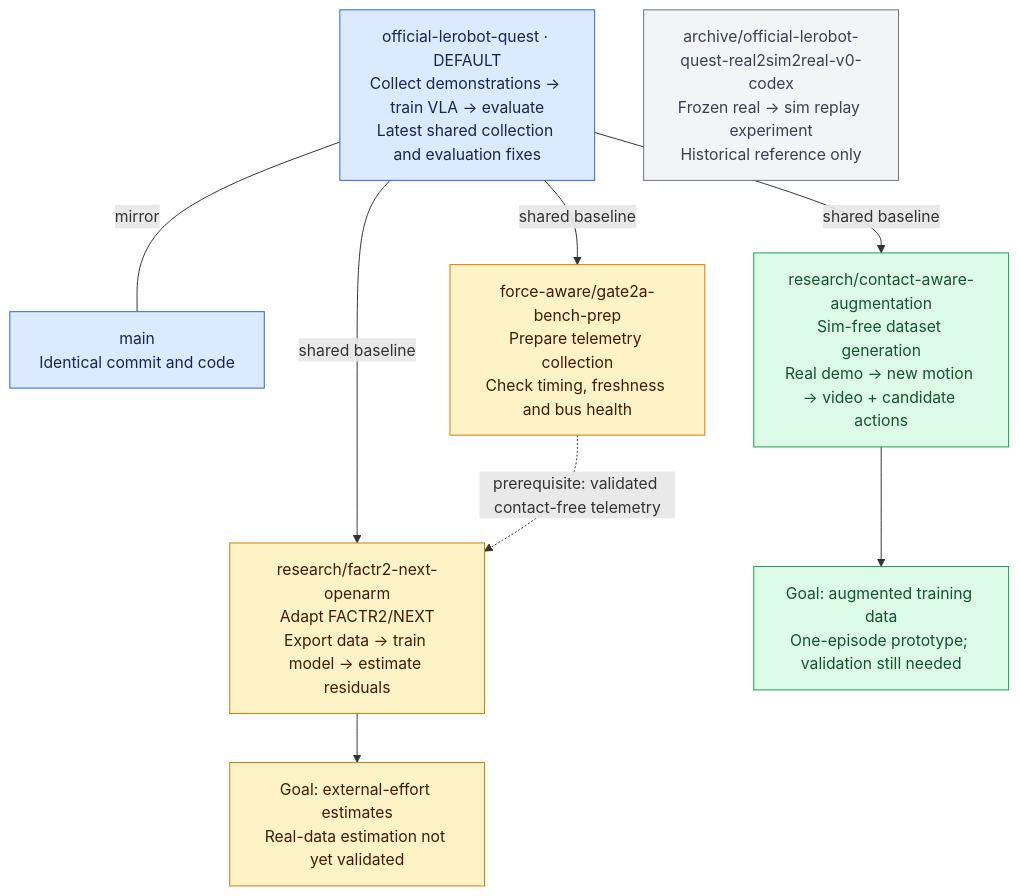
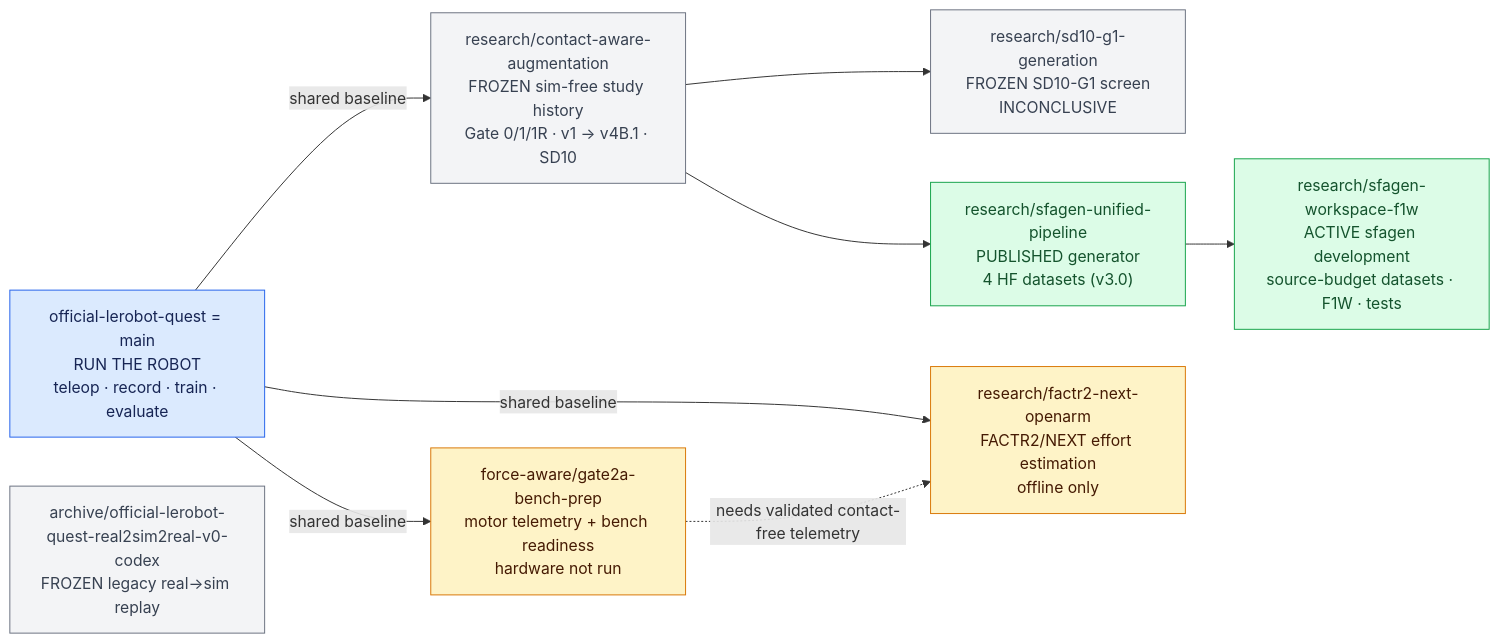
The diagram in README.md (StanleyChueh/lerobot_openarm), drawn with Mermaid before and after one commit. The commit also changed other lines of this file and 1 other file, not shown here.

First line of the commit message:
docs: branch map for all current branches; research READMEs live on their branches

````diff
--- a/README.md
+++ b/README.md
@@ -8,25 +13,24 @@
 ```mermaid
-flowchart TB
-    BASE["official-lerobot-quest · DEFAULT<br/>Collect demonstrations → train VLA → evaluate<br/>Latest shared collection and evaluation fixes"]
-    MAIN["main<br/>Identical commit and code"]
-    BASE ---|mirror| MAIN
+flowchart LR
+    BASE["official-lerobot-quest = main<br/>RUN THE ROBOT<br/>teleop · record · train · evaluate"]
 
-    BASE -->|shared baseline| BENCH["force-aware/gate2a-bench-prep<br/>Prepare telemetry collection<br/>Check timing, freshness and bus health"]
-    BASE -->|shared baseline| NEXT["research/factr2-next-openarm<br/>Adapt FACTR2/NEXT<br/>Export data → train model → estimate residuals"]
-    BASE -->|shared baseline| SIMFREE["research/contact-aware-augmentation<br/>Sim-free dataset generation<br/>Real demo → new motion → video + candidate actions"]
+    BASE -->|shared baseline| HIST["research/contact-aware-augmentation<br/>FROZEN sim-free study history<br/>Gate 0/1/1R · v1 → v4B.1 · SD10"]
+    HIST --> G1["research/sd10-g1-generation<br/>FROZEN SD10-G1 screen<br/>INCONCLUSIVE"]
+    HIST --> SFAGEN["research/sfagen-unified-pipeline<br/>PUBLISHED generator<br/>4 HF datasets (v3.0)"]
+    SFAGEN --> F1W["research/sfagen-workspace-f1w<br/>ACTIVE sfagen development<br/>source-budget datasets · F1W · tests"]
 
-    BENCH -.->|"prerequisite: validated contact-free telemetry"| NEXT
-    NEXT --> FORCE["Goal: external-effort estimates<br/>Real-data estimation not yet validated"]
-    SIMFREE --> SYNTH["Goal: augmented training data<br/>One-episode prototype; validation still needed"]
+    BASE -->|shared baseline| BENCH["force-aware/gate2a-bench-prep<br/>motor telemetry + bench readiness<br/>hardware not run"]
+    BASE -->|shared baseline| NEXT["research/factr2-next-openarm<br/>FACTR2/NEXT effort estimation<br/>offline only"]
+    BENCH -.->|"needs validated contact-free telemetry"| NEXT
 
-    ARCHIVE["archive/official-lerobot-quest-real2sim2real-v0-codex<br/>Frozen real → sim replay experiment<br/>Historical reference only"]
+    ARCH["archive/official-lerobot-quest-real2sim2real-v0-codex<br/>FROZEN legacy real→sim replay"]
 
-    classDef baseline fill:#dbeafe,stroke:#2563eb,color:#172554
+    classDef run fill:#dbeafe,stroke:#2563eb,color:#172554
+    classDef active fill:#dcfce7,stroke:#16a34a,color:#14532d
+    classDef frozen fill:#f3f4f6,stroke:#6b7280,color:#374151
     classDef force fill:#fef3c7,stroke:#d97706,color:#451a03
-    classDef generation fill:#dcfce7,stroke:#16a34a,color:#14532d
-    classDef archived fill:#f3f4f6,stroke:#6b7280,color:#374151
-    class BASE,MAIN baseline
-    class BENCH,NEXT,FORCE force
-    class SIMFREE,SYNTH generation
-    class ARCHIVE archived
+    class BASE run
+    class SFAGEN,F1W active
+    class HIST,G1,ARCH frozen
+    class BENCH,NEXT force
 ```
````
